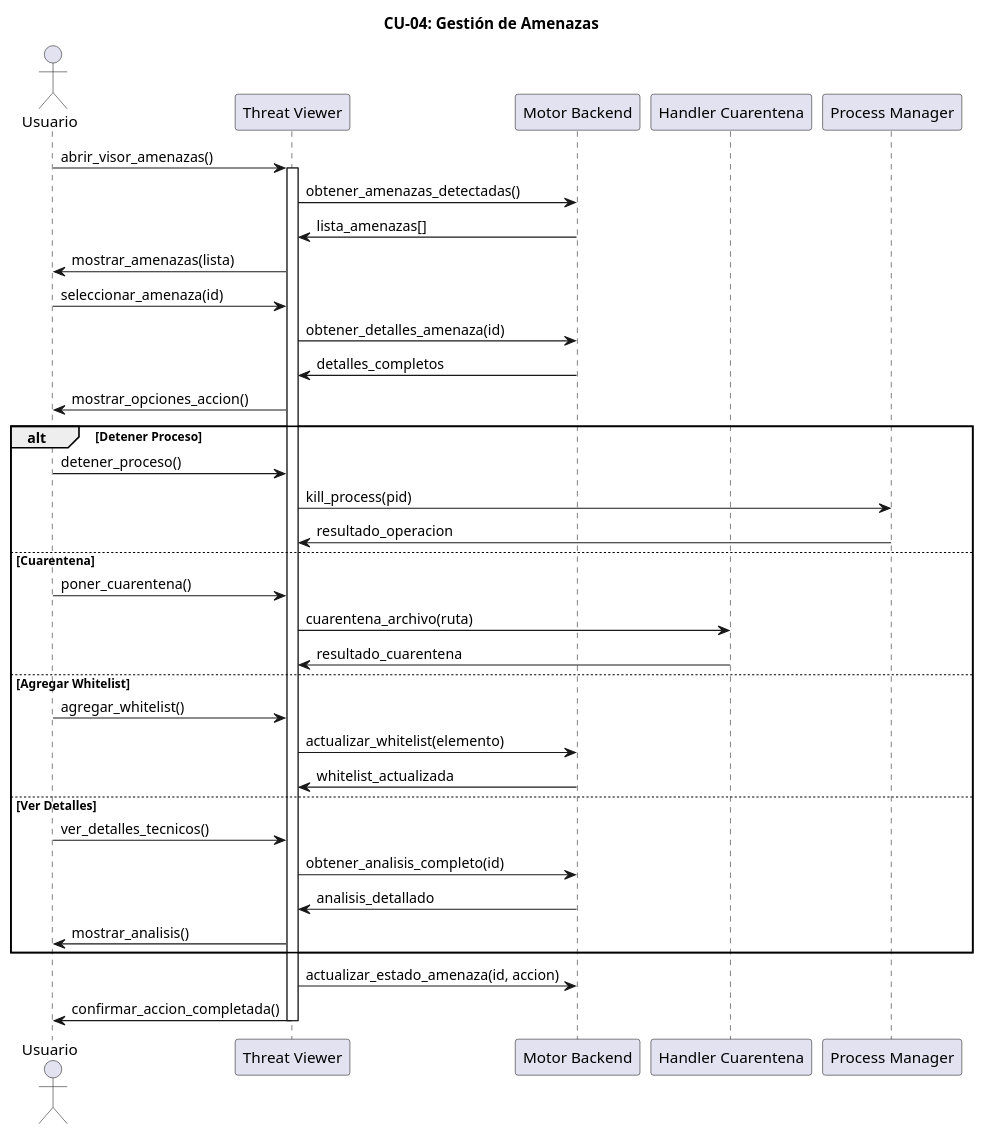
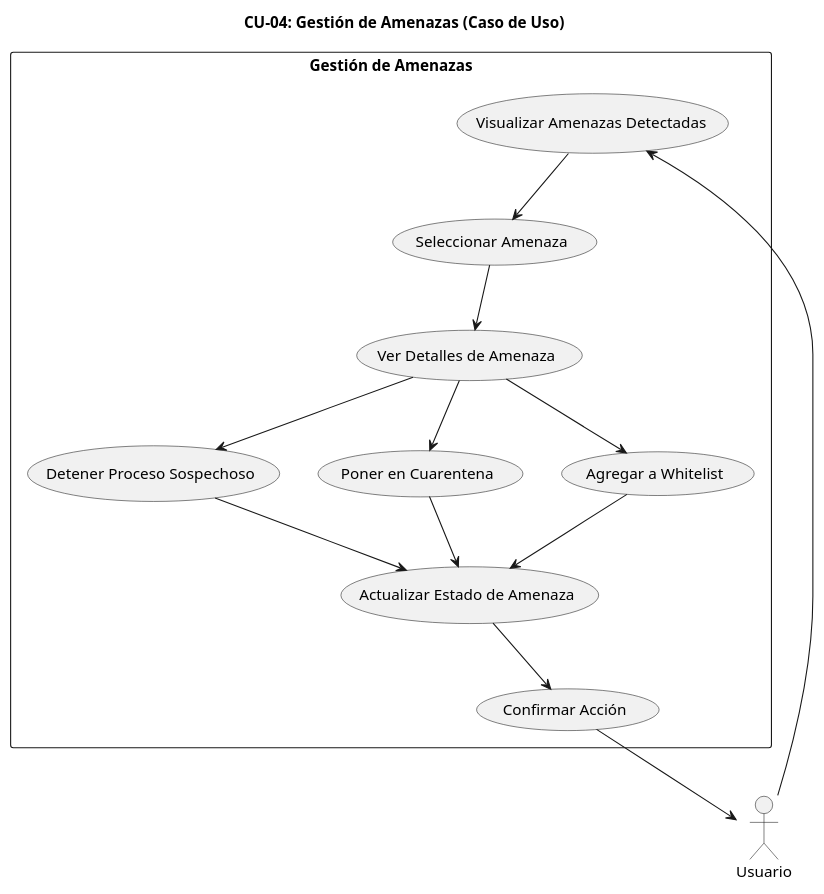
The fifth of 13 diagrams in UNIFIED_ANTIVIRUS/diagramas/casos_de_uso/diagramas_casos_uso.md (KrCrimson/ANTIVIRUS_CPP_PROFESSIONAL), drawn with PlantUML before and after one commit. The commit also changed other lines of this file and 30 other files, not shown here.

Commit message:
diagramas y pruebas estaticas

````diff
--- a/UNIFIED_ANTIVIRUS/diagramas/casos_de_uso/diagramas_casos_uso.md
+++ b/UNIFIED_ANTIVIRUS/diagramas/casos_de_uso/diagramas_casos_uso.md
@@ -228,52 +205,31 @@
 ```plantuml
 @startuml cu04_gestion_amenazas
-title CU-04: Gestión de Amenazas
+title CU-04: Gestión de Amenazas (Caso de Uso)
 
 actor "Usuario" as usuario
-participant "Threat Viewer" as viewer
-participant "Motor Backend" as backend
-participant "Handler Cuarentena" as quarantine
-participant "Process Manager" as procmgr
 
-usuario -> viewer : abrir_visor_amenazas()
-activate viewer
+rectangle "Gestión de Amenazas" {
+  (Visualizar Amenazas Detectadas) as visualizar
+  (Seleccionar Amenaza) as seleccionar
+  (Ver Detalles de Amenaza) as detalles
+  (Detener Proceso Sospechoso) as detener
+  (Poner en Cuarentena) as poner_cuarentena
+  (Agregar a Whitelist) as whitelist
+  (Actualizar Estado de Amenaza) as actualizar
+  (Confirmar Acción) as confirmar
+}
 
-viewer -> backend : obtener_amenazas_detectadas()
-backend -> viewer : lista_amenazas[]
+usuario --> visualizar
+visualizar --> seleccionar
+seleccionar --> detalles
+detalles --> detener
+detalles --> poner_cuarentena
+detalles --> whitelist
+detener --> actualizar
+poner_cuarentena --> actualizar
+whitelist --> actualizar
+actualizar --> confirmar
+confirmar --> usuario
 
-viewer -> usuario : mostrar_amenazas(lista)
-
-usuario -> viewer : seleccionar_amenaza(id)
-viewer -> backend : obtener_detalles_amenaza(id)
-backend -> viewer : detalles_completos
-
-viewer -> usuario : mostrar_opciones_accion()
-
-alt Detener Proceso
-    usuario -> viewer : detener_proceso()
-    viewer -> procmgr : kill_process(pid)
-    procmgr -> viewer : resultado_operacion
-    
-else Cuarentena
-    usuario -> viewer : poner_cuarentena()
-    viewer -> quarantine : cuarentena_archivo(ruta)
-    quarantine -> viewer : resultado_cuarentena
-    
-else Agregar Whitelist
-    usuario -> viewer : agregar_whitelist()
-    viewer -> backend : actualizar_whitelist(elemento)
-    backend -> viewer : whitelist_actualizada
-    
-else Ver Detalles
-    usuario -> viewer : ver_detalles_tecnicos()
-    viewer -> backend : obtener_analisis_completo(id)
-    backend -> viewer : analisis_detallado
-    viewer -> usuario : mostrar_analisis()
-end
-
-viewer -> backend : actualizar_estado_amenaza(id, accion)
-viewer -> usuario : confirmar_accion_completada()
-
-deactivate viewer
 @enduml
 ```
````
